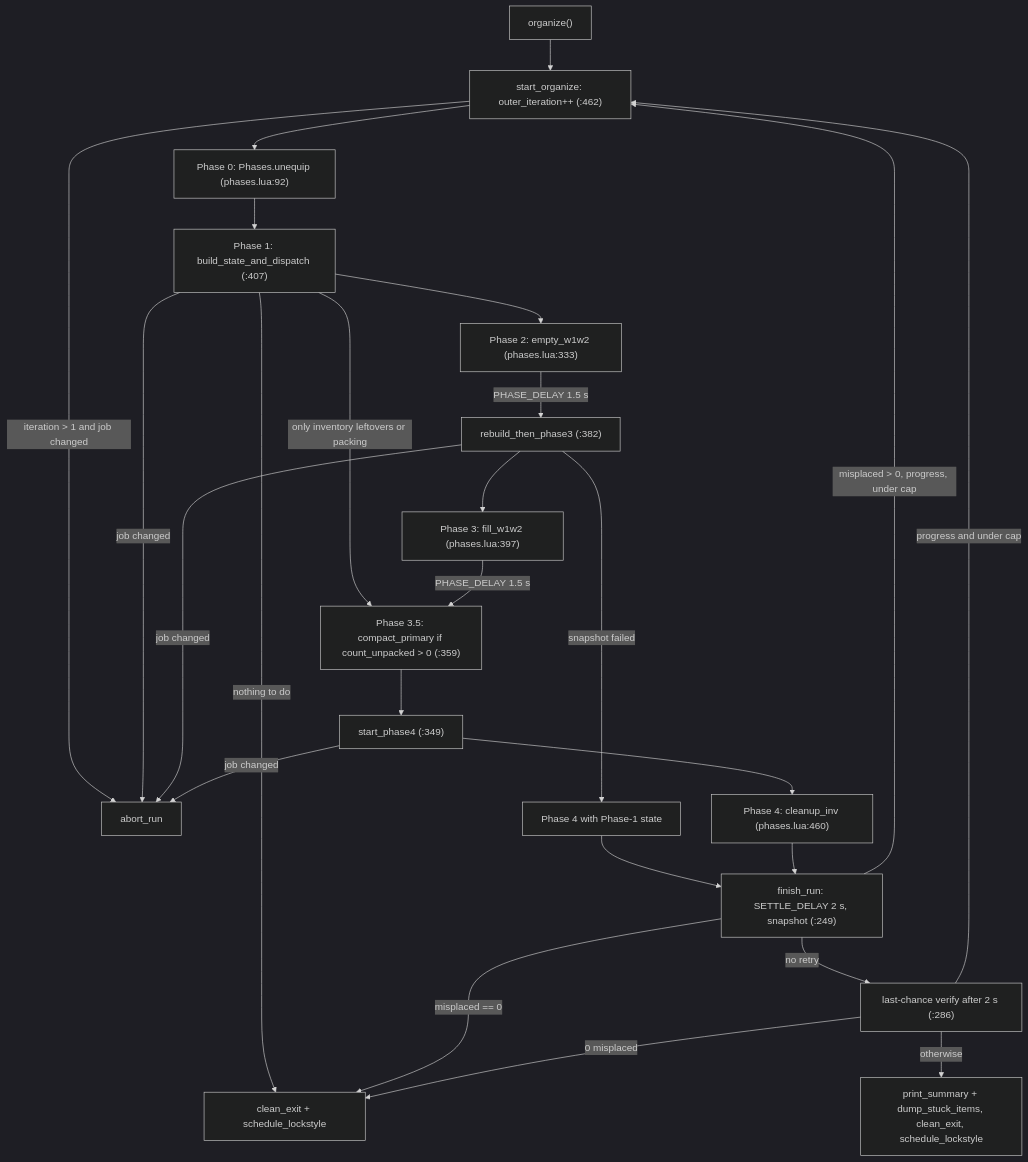
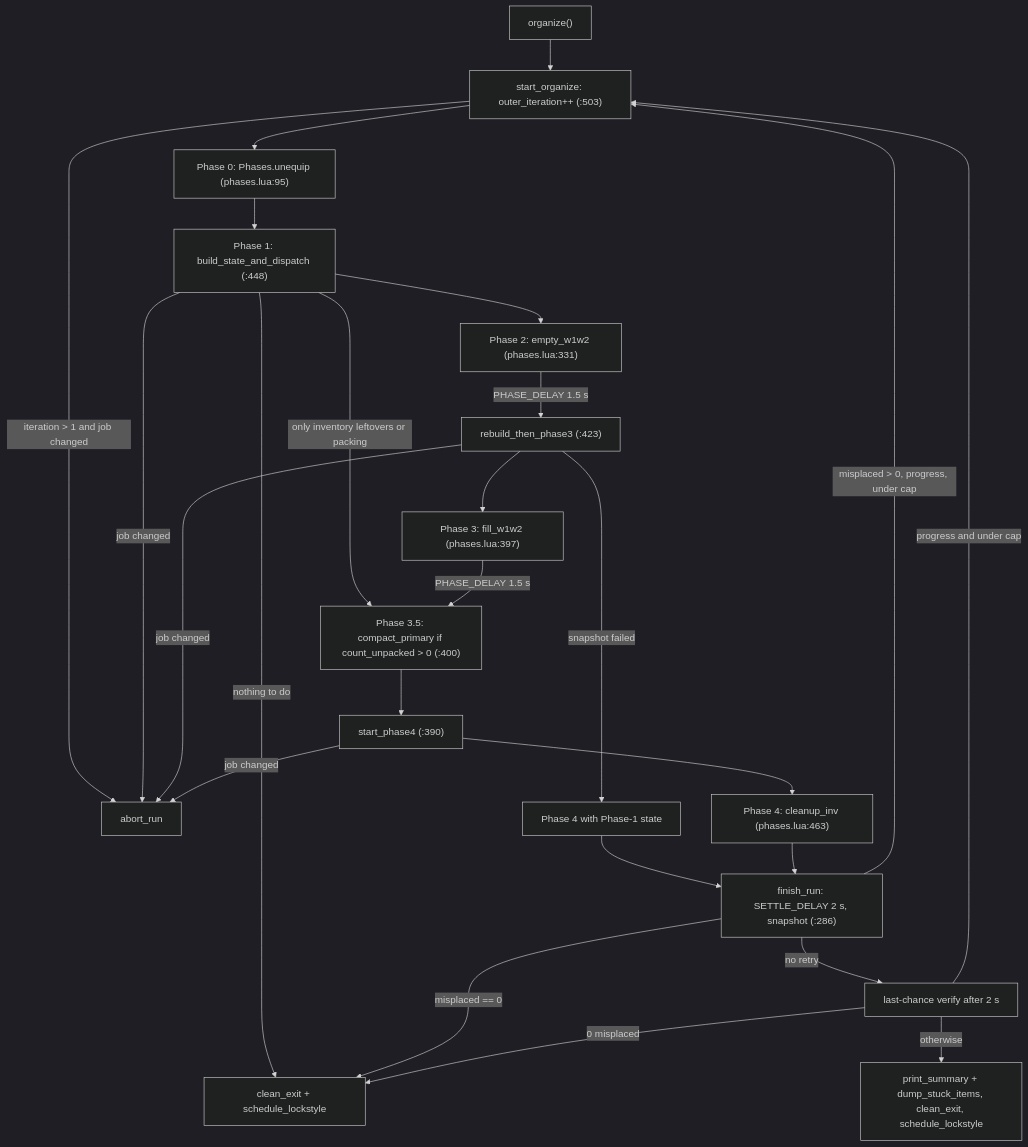
One commit to ejouanchicot/Gearswap changed the first of 3 diagrams in docs/dev/systems/wardrobe-organizer.md. Above: the diagram before and after it, drawn with Mermaid (dark theme). The commit also changed other lines of this file and 81 other files, not shown here.

````diff
--- a/docs/dev/systems/wardrobe-organizer.md
+++ b/docs/dev/systems/wardrobe-organizer.md
@@ -58,27 +60,27 @@
 ```mermaid
 flowchart TD
-    A["organize()"] --> B["start_organize: outer_iteration++ (:462)"]
+    A["organize()"] --> B["start_organize: outer_iteration++ (:503)"]
     B -->|"iteration > 1 and job changed"| X["abort_run"]
-    B --> P0["Phase 0: Phases.unequip (phases.lua:92)"]
-    P0 --> P1["Phase 1: build_state_and_dispatch (:407)"]
+    B --> P0["Phase 0: Phases.unequip (phases.lua:95)"]
+    P0 --> P1["Phase 1: build_state_and_dispatch (:448)"]
     P1 -->|"job changed"| X
     P1 -->|"nothing to do"| OK["clean_exit + schedule_lockstyle"]
     P1 -->|"only inventory leftovers or packing"| P35
-    P1 --> P2["Phase 2: empty_w1w2 (phases.lua:333)"]
-    P2 -->|"PHASE_DELAY 1.5 s"| R["rebuild_then_phase3 (:382)"]
+    P1 --> P2["Phase 2: empty_w1w2 (phases.lua:331)"]
+    P2 -->|"PHASE_DELAY 1.5 s"| R["rebuild_then_phase3 (:423)"]
     R -->|"job changed"| X
     R -->|"snapshot failed"| P4b["Phase 4 with Phase-1 state"]
     R --> P3["Phase 3: fill_w1w2 (phases.lua:397)"]
-    P3 -->|"PHASE_DELAY 1.5 s"| P35["Phase 3.5: compact_primary if count_unpacked > 0 (:359)"]
-    P35 --> P4["start_phase4 (:349)"]
+    P3 -->|"PHASE_DELAY 1.5 s"| P35["Phase 3.5: compact_primary if count_unpacked > 0 (:400)"]
+    P35 --> P4["start_phase4 (:390)"]
     P4 -->|"job changed"| X
-    P4 --> C4["Phase 4: cleanup_inv (phases.lua:460)"]
+    P4 --> C4["Phase 4: cleanup_inv (phases.lua:463)"]
     P4b --> F
-    C4 --> F["finish_run: SETTLE_DELAY 2 s, snapshot (:249)"]
+    C4 --> F["finish_run: SETTLE_DELAY 2 s, snapshot (:286)"]
     F -->|"misplaced > 0, progress, under cap"| B
     F -->|"misplaced == 0"| OK
-    F -->|"no retry"| V["last-chance verify after 2 s (:286)"]
+    F -->|"no retry"| V["last-chance verify after 2 s"]
     V -->|"0 misplaced"| OK
     V -->|"progress and under cap"| B
     V -->|"otherwise"| S["print_summary + dump_stuck_items, clean_exit, schedule_lockstyle"]
 ```
````
